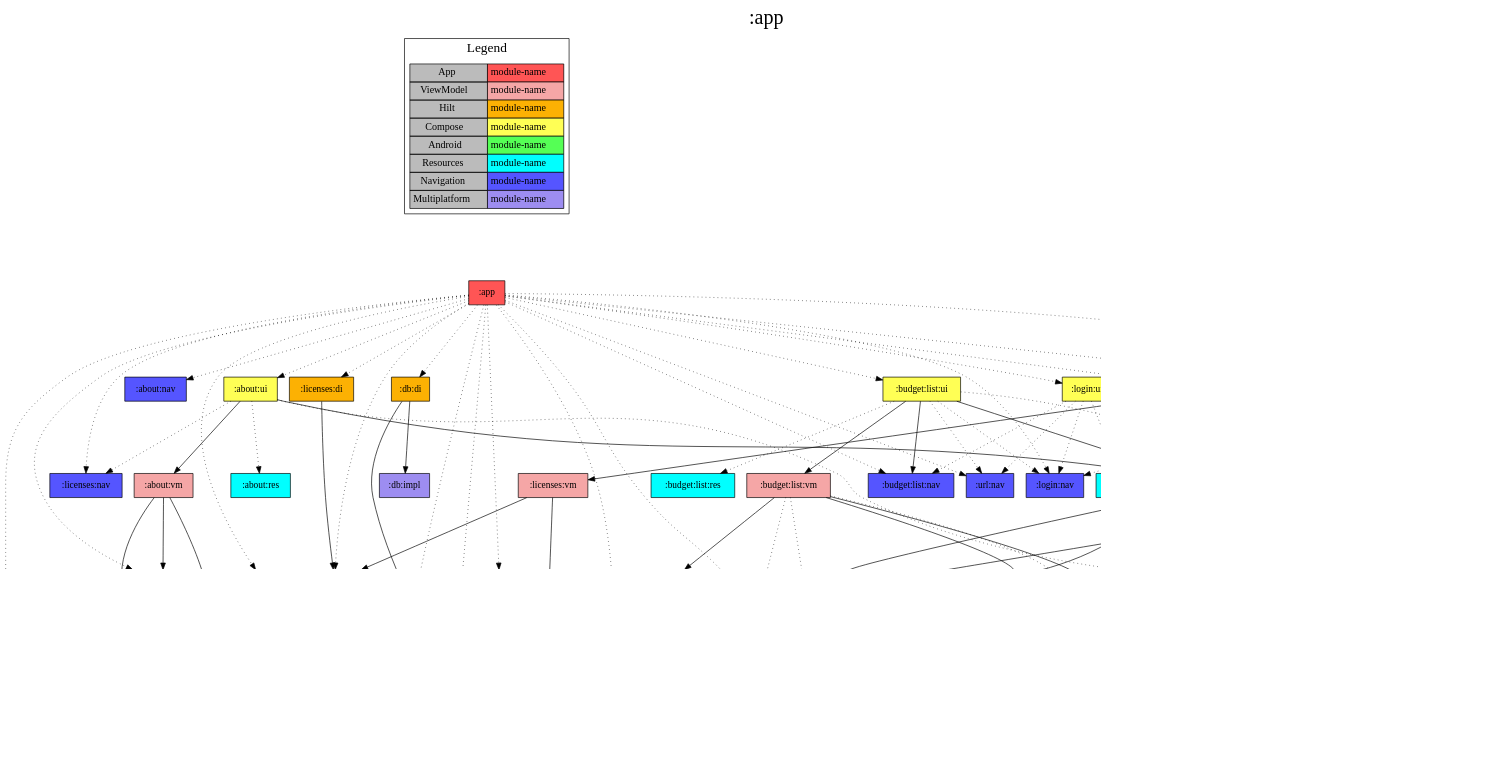
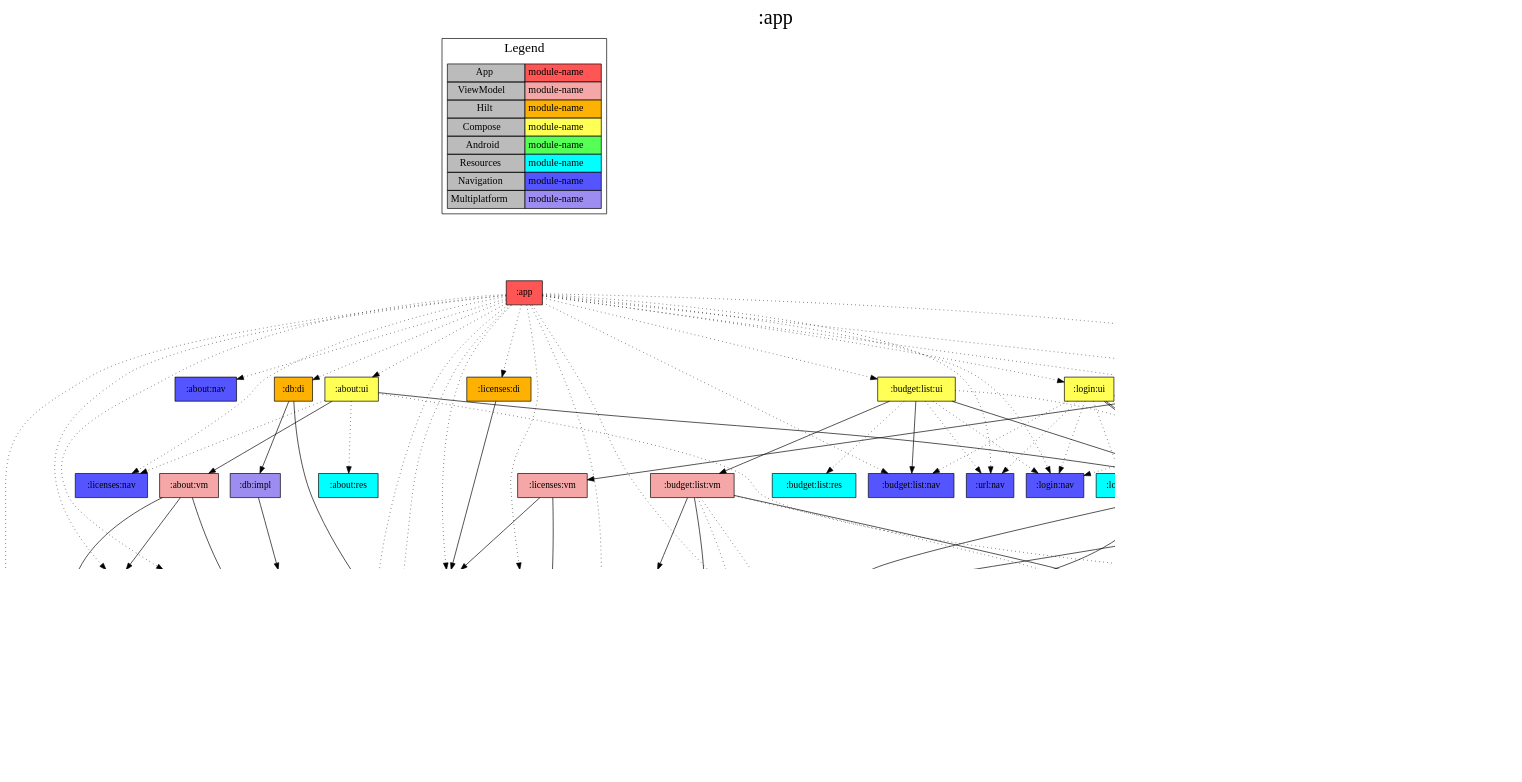
Before and after one commit to jonapoul/aktual: the diagram in app/project-dependency-graph.dot, drawn with Graphviz. The commit also changed 105 other files, not shown here.

```diff
--- a/app/project-dependency-graph.dot
+++ b/app/project-dependency-graph.dot
@@ -1,180 +1,182 @@
 digraph {
 edge ["dir"="forward"]
 graph ["dpi"="100","label"=":app","labelloc"="t","fontsize"="30","ranksep"="1.5","rankdir"="TB"]
 node ["style"="filled"]
 ":app" ["shape"="box","fillcolor"="#FF5555"]
 ":about:data" ["fillcolor"="#9D8DF1","shape"="box"]
 ":api:github" ["fillcolor"="#9D8DF1","shape"="box"]
 ":core:buildconfig" ["fillcolor"="#9D8DF1","shape"="box"]
 ":core:coroutines" ["fillcolor"="#9D8DF1","shape"="box"]
 ":about:nav" ["fillcolor"="#5555FF","shape"="box"]
 ":about:ui" ["fillcolor"="#FFFF55","shape"="box"]
 ":about:vm" ["fillcolor"="#F5A6A6","shape"="box"]
 ":core:log" ["fillcolor"="#9D8DF1","shape"="box"]
 ":core:ui" ["fillcolor"="#FFFF55","shape"="box"]
 ":core:colorscheme" ["fillcolor"="#9D8DF1","shape"="box"]
 ":core:versions" ["fillcolor"="#9D8DF1","shape"="box"]
 ":url:model" ["fillcolor"="#9D8DF1","shape"="box"]
 ":core:res" ["fillcolor"="#00FFFF","shape"="box"]
 ":about:res" ["fillcolor"="#00FFFF","shape"="box"]
 ":licenses:nav" ["fillcolor"="#5555FF","shape"="box"]
 ":api:core" ["fillcolor"="#9D8DF1","shape"="box"]
 ":api:di" ["fillcolor"="#FCB103","shape"="box"]
 ":budget:list:nav" ["fillcolor"="#5555FF","shape"="box"]
 ":budget:list:ui" ["fillcolor"="#FFFF55","shape"="box"]
 ":budget:list:vm" ["fillcolor"="#F5A6A6","shape"="box"]
 ":core:connection" ["fillcolor"="#9D8DF1","shape"="box"]
 ":api:actual" ["fillcolor"="#9D8DF1","shape"="box"]
 ":login:model" ["fillcolor"="#9D8DF1","shape"="box"]
 ":url:prefs" ["fillcolor"="#9D8DF1","shape"="box"]
 ":login:prefs" ["fillcolor"="#9D8DF1","shape"="box"]
 ":budget:list:res" ["fillcolor"="#00FFFF","shape"="box"]
 ":login:nav" ["fillcolor"="#5555FF","shape"="box"]
 ":url:nav" ["fillcolor"="#5555FF","shape"="box"]
 ":core:di" ["fillcolor"="#FCB103","shape"="box"]
 ":db:di" ["fillcolor"="#FCB103","shape"="box"]
 ":db:impl" ["fillcolor"="#9D8DF1","shape"="box"]
+":budget:model" ["fillcolor"="#9D8DF1","shape"="box"]
 ":licenses:data" ["fillcolor"="#9D8DF1","shape"="box"]
 ":licenses:di" ["fillcolor"="#FCB103","shape"="box"]
 ":licenses:ui" ["fillcolor"="#FFFF55","shape"="box"]
 ":licenses:vm" ["fillcolor"="#F5A6A6","shape"="box"]
 ":licenses:res" ["fillcolor"="#00FFFF","shape"="box"]
 ":login:ui" ["fillcolor"="#FFFF55","shape"="box"]
 ":login:vm" ["fillcolor"="#F5A6A6","shape"="box"]
 ":login:res" ["fillcolor"="#00FFFF","shape"="box"]
 ":url:ui" ["fillcolor"="#FFFF55","shape"="box"]
 ":url:vm" ["fillcolor"="#F5A6A6","shape"="box"]
 ":url:res" ["fillcolor"="#00FFFF","shape"="box"]
 {
 edge ["dir"="none"]
 graph ["rank"="same"]
 ":app"
 }
 ":app" -> ":about:data" ["style"="dotted"]
 ":app" -> ":about:nav" ["style"="dotted"]
 ":app" -> ":about:ui" ["style"="dotted"]
 ":app" -> ":api:core" ["style"="dotted"]
 ":app" -> ":api:di" ["style"="dotted"]
 ":app" -> ":budget:list:nav" ["style"="dotted"]
 ":app" -> ":budget:list:ui" ["style"="dotted"]
 ":app" -> ":core:buildconfig" ["style"="dotted"]
 ":app" -> ":core:colorscheme" ["style"="dotted"]
 ":app" -> ":core:coroutines" ["style"="dotted"]
 ":app" -> ":core:di" ["style"="dotted"]
 ":app" -> ":core:log" ["style"="dotted"]
 ":app" -> ":db:di" ["style"="dotted"]
 ":app" -> ":licenses:data" ["style"="dotted"]
 ":app" -> ":licenses:di" ["style"="dotted"]
 ":app" -> ":licenses:nav" ["style"="dotted"]
 ":app" -> ":licenses:ui" ["style"="dotted"]
 ":app" -> ":login:nav" ["style"="dotted"]
 ":app" -> ":login:ui" ["style"="dotted"]
 ":app" -> ":url:nav" ["style"="dotted"]
 ":app" -> ":url:prefs" ["style"="dotted"]
 ":app" -> ":url:ui" ["style"="dotted"]
 ":about:data" -> ":api:github"
 ":about:data" -> ":core:buildconfig"
 ":about:data" -> ":core:coroutines"
 ":about:ui" -> ":about:vm"
 ":about:ui" -> ":core:ui"
 ":about:ui" -> ":about:res" ["style"="dotted"]
 ":about:ui" -> ":core:res" ["style"="dotted"]
 ":about:ui" -> ":licenses:nav" ["style"="dotted"]
 ":about:vm" -> ":about:data"
 ":about:vm" -> ":core:buildconfig"
 ":about:vm" -> ":core:log"
 ":core:ui" -> ":core:colorscheme"
 ":core:ui" -> ":core:versions"
 ":core:ui" -> ":url:model"
 ":core:ui" -> ":core:res" ["style"="dotted"]
 ":core:versions" -> ":core:buildconfig"
 ":api:core" -> ":core:log"
 ":api:core" -> ":url:model"
 ":api:di" -> ":api:github"
 ":api:di" -> ":core:buildconfig"
 ":api:di" -> ":core:log"
 ":api:di" -> ":api:core" ["style"="dotted"]
 ":api:di" -> ":url:model" ["style"="dotted"]
 ":budget:list:ui" -> ":budget:list:nav"
 ":budget:list:ui" -> ":budget:list:vm"
 ":budget:list:ui" -> ":core:ui"
 ":budget:list:ui" -> ":budget:list:res" ["style"="dotted"]
 ":budget:list:ui" -> ":core:res" ["style"="dotted"]
 ":budget:list:ui" -> ":login:nav" ["style"="dotted"]
 ":budget:list:ui" -> ":url:nav" ["style"="dotted"]
 ":budget:list:vm" -> ":core:colorscheme"
 ":budget:list:vm" -> ":core:connection"
 ":budget:list:vm" -> ":url:model"
 ":budget:list:vm" -> ":core:versions" ["style"="dotted"]
 ":budget:list:vm" -> ":login:prefs" ["style"="dotted"]
 ":budget:list:vm" -> ":url:prefs" ["style"="dotted"]
 ":core:connection" -> ":core:buildconfig"
 ":core:connection" -> ":api:actual" ["style"="dotted"]
 ":core:connection" -> ":api:core" ["style"="dotted"]
 ":core:connection" -> ":core:coroutines" ["style"="dotted"]
 ":core:connection" -> ":core:log" ["style"="dotted"]
 ":core:connection" -> ":core:versions" ["style"="dotted"]
 ":core:connection" -> ":url:model" ["style"="dotted"]
 ":core:connection" -> ":url:prefs" ["style"="dotted"]
 ":api:actual" -> ":login:model"
 ":api:actual" -> ":url:model"
 ":url:prefs" -> ":url:model"
 ":login:prefs" -> ":login:model"
 ":core:di" -> ":core:coroutines"
 ":core:di" -> ":core:log"
 ":db:di" -> ":core:coroutines"
 ":db:di" -> ":db:impl"
+":db:impl" -> ":budget:model"
 ":licenses:data" -> ":core:coroutines" ["style"="dotted"]
 ":licenses:di" -> ":licenses:data"
 ":licenses:ui" -> ":core:ui"
 ":licenses:ui" -> ":licenses:vm"
 ":licenses:ui" -> ":core:res" ["style"="dotted"]
 ":licenses:ui" -> ":licenses:res" ["style"="dotted"]
 ":licenses:vm" -> ":core:log"
 ":licenses:vm" -> ":licenses:data"
 ":login:ui" -> ":core:ui"
 ":login:ui" -> ":login:vm"
 ":login:ui" -> ":budget:list:nav" ["style"="dotted"]
 ":login:ui" -> ":core:res" ["style"="dotted"]
 ":login:ui" -> ":login:nav" ["style"="dotted"]
 ":login:ui" -> ":login:res" ["style"="dotted"]
 ":login:ui" -> ":url:nav" ["style"="dotted"]
 ":login:vm" -> ":core:colorscheme"
 ":login:vm" -> ":core:coroutines"
 ":login:vm" -> ":core:log"
 ":login:vm" -> ":login:model"
 ":login:vm" -> ":url:model"
 ":login:vm" -> ":api:actual" ["style"="dotted"]
 ":login:vm" -> ":core:versions" ["style"="dotted"]
 ":login:vm" -> ":login:prefs" ["style"="dotted"]
 ":login:vm" -> ":url:prefs" ["style"="dotted"]
 ":url:ui" -> ":core:colorscheme"
 ":url:ui" -> ":core:ui"
 ":url:ui" -> ":url:vm"
 ":url:ui" -> ":core:res" ["style"="dotted"]
 ":url:ui" -> ":login:nav" ["style"="dotted"]
 ":url:ui" -> ":url:res" ["style"="dotted"]
 ":url:vm" -> ":core:colorscheme"
 ":url:vm" -> ":core:coroutines"
 ":url:vm" -> ":core:log"
 ":url:vm" -> ":url:model"
 ":url:vm" -> ":api:actual" ["style"="dotted"]
 ":url:vm" -> ":core:versions" ["style"="dotted"]
 ":url:vm" -> ":url:prefs" ["style"="dotted"]
 subgraph "cluster_legend" {
 edge ["dir"="none"]
 graph ["label"="Legend","fontsize"="20"]
 "Legend" ["style"="filled","fillcolor"="#bbbbbb","shape"="none","margin"="0","fontsize"="15","label"=<
 <TABLE BORDER="0" CELLBORDER="1" CELLSPACING="0" CELLPADDING="4">
 <TR><TD>App</TD><TD BGCOLOR="#FF5555">module-name</TD></TR>
 <TR><TD>ViewModel</TD><TD BGCOLOR="#F5A6A6">module-name</TD></TR>
 <TR><TD>Hilt</TD><TD BGCOLOR="#FCB103">module-name</TD></TR>
 <TR><TD>Compose</TD><TD BGCOLOR="#FFFF55">module-name</TD></TR>
 <TR><TD>Android</TD><TD BGCOLOR="#55FF55">module-name</TD></TR>
 <TR><TD>Resources</TD><TD BGCOLOR="#00FFFF">module-name</TD></TR>
 <TR><TD>Navigation</TD><TD BGCOLOR="#5555FF">module-name</TD></TR>
 <TR><TD>Multiplatform</TD><TD BGCOLOR="#9D8DF1">module-name</TD></TR>
 </TABLE>
 >]
 } -> ":app" ["style"="invis"]
 }
```
